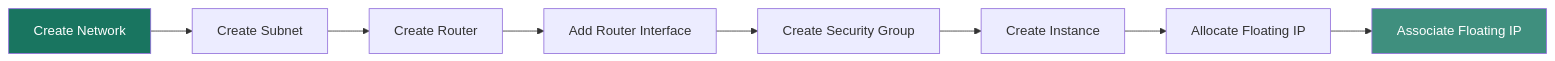
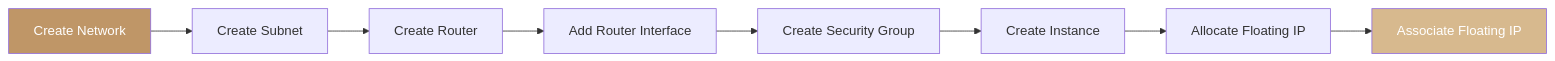
One commit to ankur-kumar87/docs-polystack changed the diagram in services/networking/user-guide.mdx. Above: the diagram before and after it, drawn with Mermaid. The commit also changed other lines of this file and 395 other files, not shown here.

````diff
--- a/services/networking/user-guide.mdx
+++ b/services/networking/user-guide.mdx
@@ -74,12 +74,12 @@
 ```mermaid
 graph LR
     A[Create Network] --> B[Create Subnet]
     B --> C[Create Router]
     C --> D[Add Router Interface]
     D --> E[Create Security Group]
     E --> F[Create Instance]
     F --> G[Allocate Floating IP]
     G --> H[Associate Floating IP]
-    style A fill:#197560,color:#fff
-    style H fill:#3F8F7E,color:#fff
+    style A fill:#bf9667,color:#fff
+    style H fill:#d7b98e,color:#fff
 ```
````
